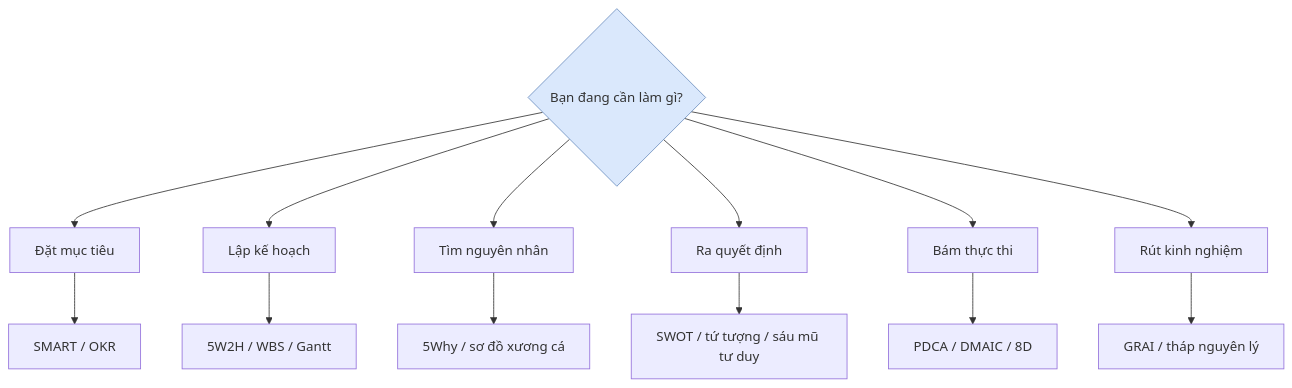
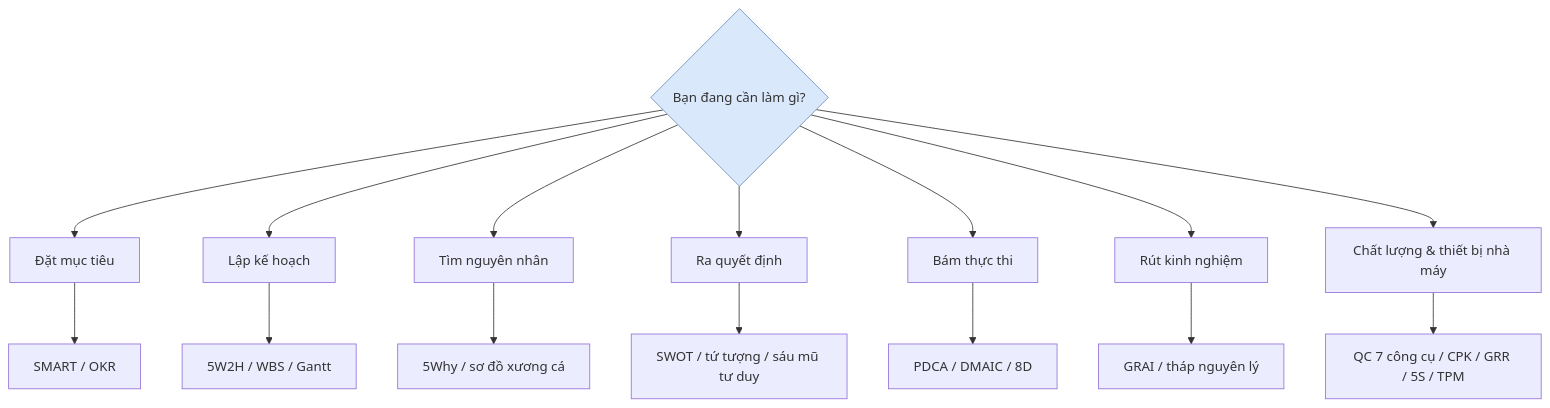
Before and after one commit to hoverwr-bit/management-methods: the first of 35 diagrams in README.vi.md, drawn with Mermaid. The commit also changed other lines of this file and 5 other files, not shown here.

Commit message:
新增工厂方法论19个：QC七大手法/CPK/GRR/FMEA/五大工具/5S/防错/OEE/TPM/SMED/海因里希/QCC/A3，三语同步

````diff
--- a/README.vi.md
+++ b/README.vi.md
@@ -29,11 +33,12 @@
 ```mermaid
 flowchart TB
     Q{"Bạn đang cần làm gì?"}
     Q --> A["Đặt mục tiêu"] --> A1["SMART / OKR"]
     Q --> B["Lập kế hoạch"] --> B1["5W2H / WBS / Gantt"]
     Q --> C["Tìm nguyên nhân"] --> C1["5Why / sơ đồ xương cá"]
     Q --> D["Ra quyết định"] --> D1["SWOT / tứ tượng / sáu mũ tư duy"]
     Q --> E["Bám thực thi"] --> E1["PDCA / DMAIC / 8D"]
     Q --> F["Rút kinh nghiệm"] --> F1["GRAI / tháp nguyên lý"]
+    Q --> G["Chất lượng & thiết bị nhà máy"] --> G1["QC 7 công cụ / CPK / GRR / 5S / TPM"]
     style Q fill:#dae8fc,stroke:#6c8ebf
 ```
````
